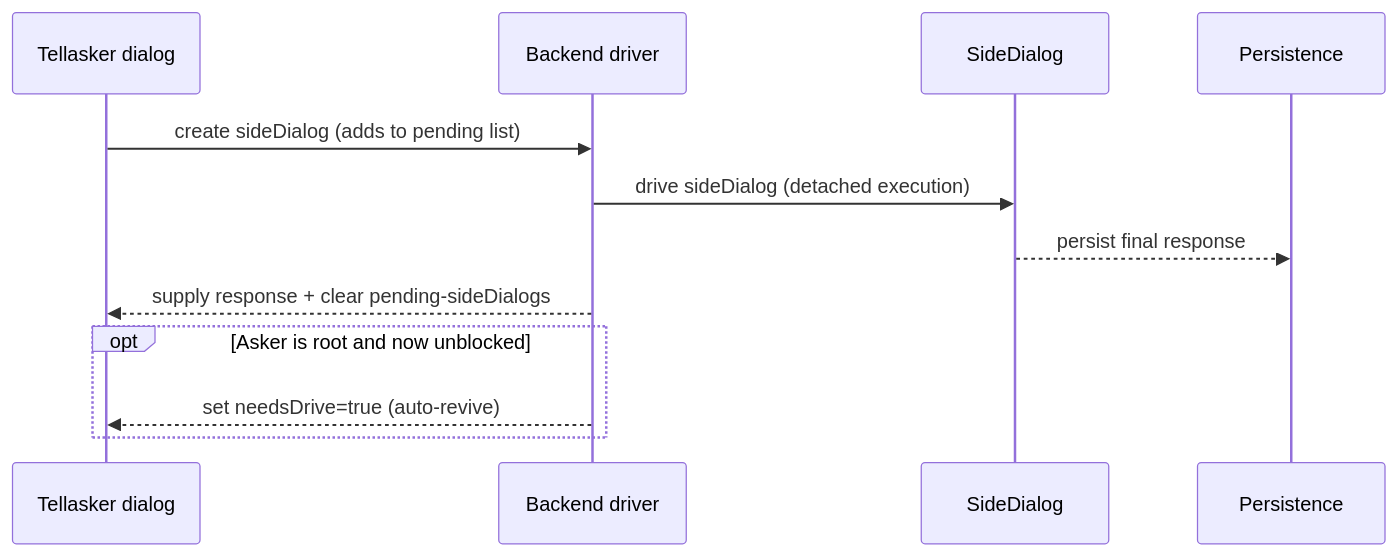
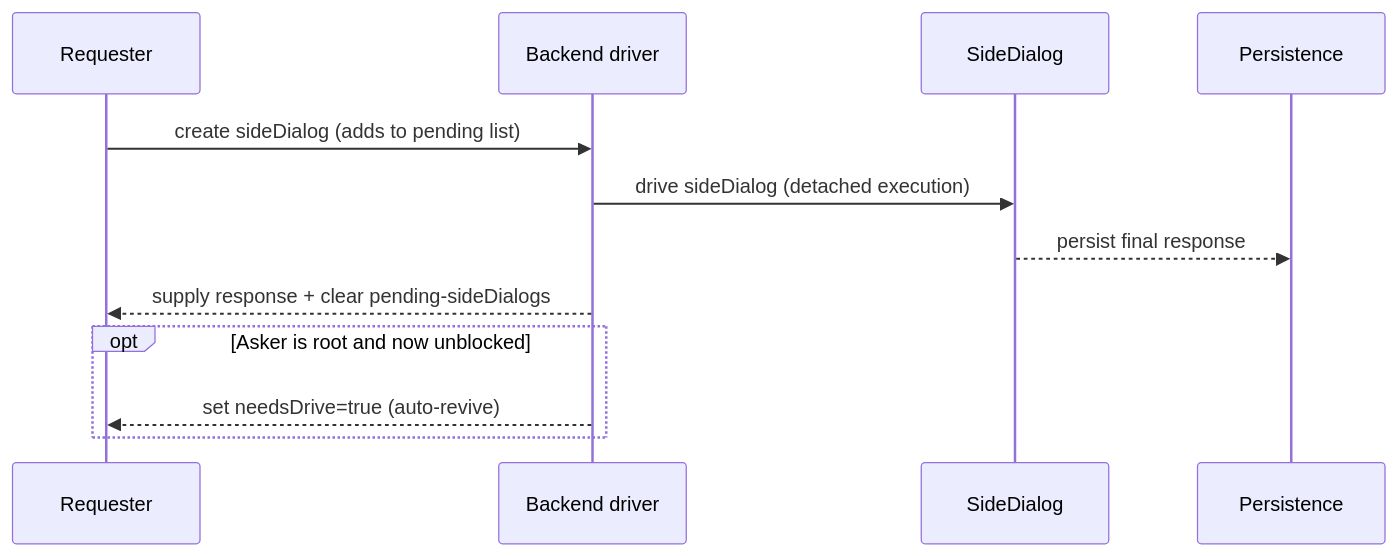
One commit to longrun-ai/dominds changed the seventh of 18 diagrams in docs/dialog-system.md. Above: the diagram before and after it, drawn with Mermaid. The commit also changed other lines of this file and 105 other files, not shown here.

````diff
--- a/docs/dialog-system.md
+++ b/docs/dialog-system.md
@@ -724,15 +718,15 @@
 ```mermaid
 sequenceDiagram
-  participant Asker as Tellasker dialog
+  participant Asker as Requester
   participant Driver as Backend driver
   participant Side as SideDialog
   participant Store as Persistence
 
   Asker->>Driver: create sideDialog (adds to pending list)
   Driver->>Side: drive sideDialog (detached execution)
   Side-->>Store: persist final response
   Driver-->>Asker: supply response + clear pending-sideDialogs
   opt Asker is root and now unblocked
     Driver-->>Asker: set needsDrive=true (auto-revive)
   end
 ```
````
